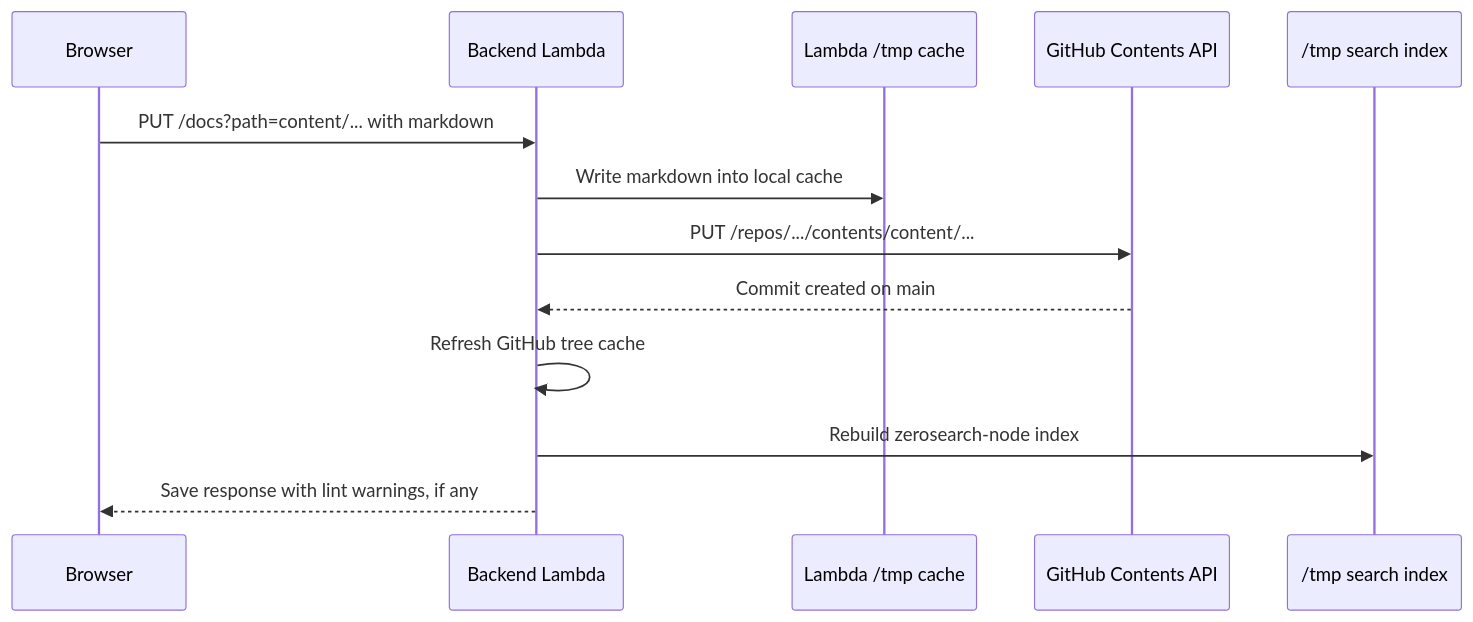
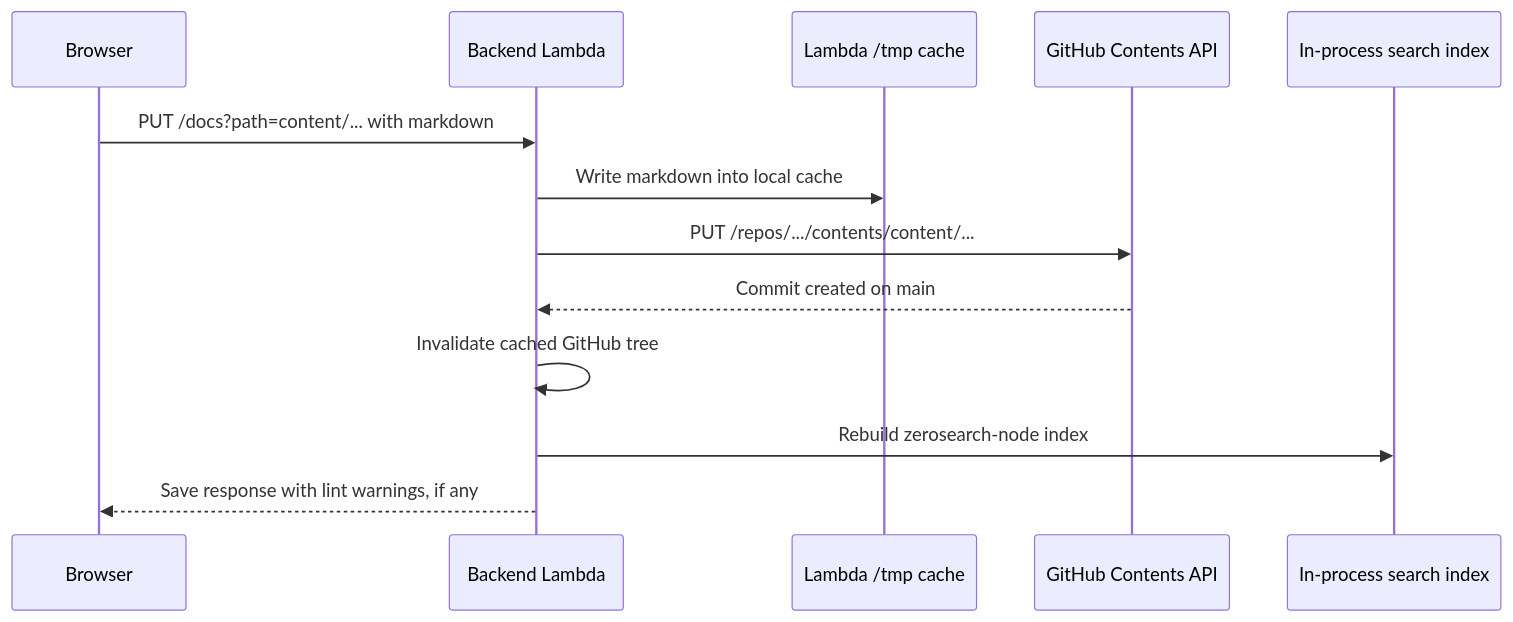
One commit to DataTalksClub/dataops changed the second of 6 diagrams in docs/architecture.md. Above: the diagram before and after it, drawn with Mermaid. The commit also changed other lines of this file, not shown here.

First line of the commit message:
docs: correct content validation architecture contract

````diff
--- a/docs/architecture.md
+++ b/docs/architecture.md
@@ -69,16 +71,16 @@
 ```mermaid
 sequenceDiagram
   participant U as Browser
   participant L as Backend Lambda
   participant T as Lambda /tmp cache
   participant G as GitHub Contents API
-  participant I as /tmp search index
+  participant I as In-process search index
 
   U->>L: PUT /docs?path=content/... with markdown
   L->>T: Write markdown into local cache
   L->>G: PUT /repos/.../contents/content/...
   G-->>L: Commit created on main
-  L->>L: Refresh GitHub tree cache
+  L->>L: Invalidate cached GitHub tree
   L->>I: Rebuild zerosearch-node index
   L-->>U: Save response with lint warnings, if any
 ```
````
